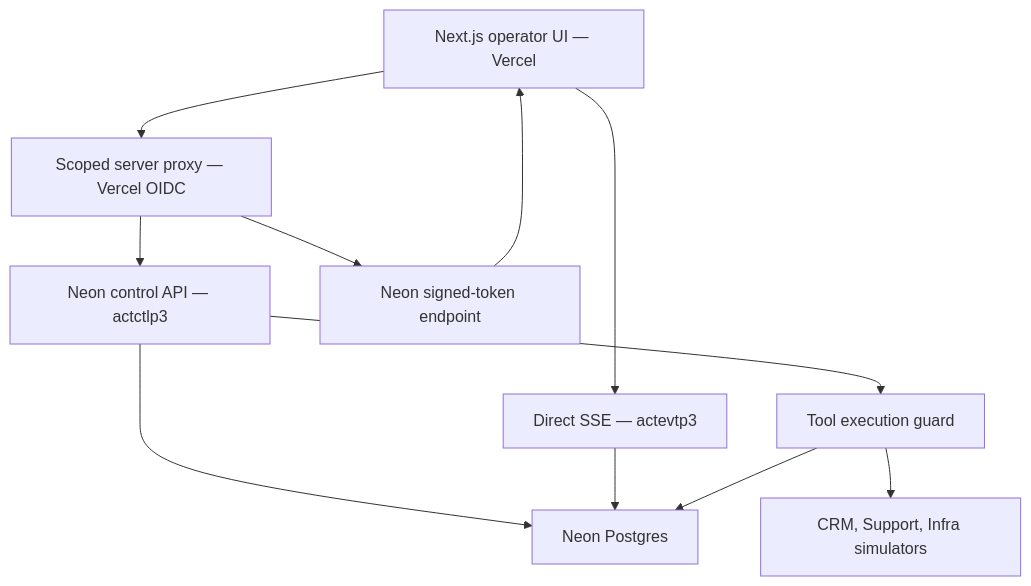
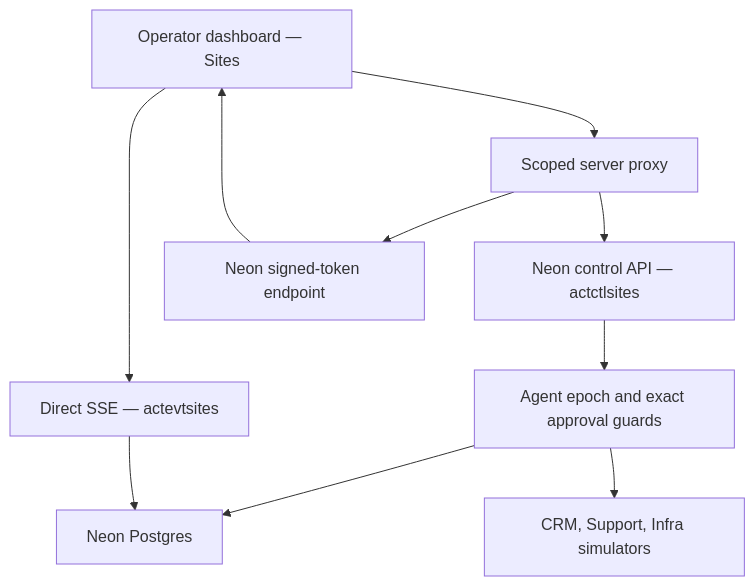
The diagram in docs/ARCHITECTURE.md (AnasAli09822/agent-control-tower), drawn with Mermaid before and after one commit. The commit also changed other lines of this file and 8 other files, not shown here.

````diff
--- a/docs/ARCHITECTURE.md
+++ b/docs/ARCHITECTURE.md
@@ -3,13 +3,12 @@
 ```mermaid
 flowchart TD
- UI["Next.js operator UI — Vercel"] --> Proxy["Scoped server proxy — Vercel OIDC"]
- Proxy --> Control["Neon control API — actctlp3"]
+ UI["Operator dashboard — Sites"] --> Proxy["Scoped server proxy"]
+ Proxy --> Control["Neon control API — actctlsites"]
  Proxy --> Token["Neon signed-token endpoint"]
  Token --> UI
- UI --> SSE["Direct SSE — actevtp3"]
- Control --> DB["Neon Postgres"]
+ UI --> SSE["Direct SSE — actevtsites"]
+ Control --> Guard["Agent epoch and exact approval guards"]
+ Guard --> DB["Neon Postgres"]
  SSE --> DB
- Control --> Guard["Tool execution guard"]
- Guard --> DB
  Guard --> Systems["CRM, Support, Infra simulators"]
 ```
````
